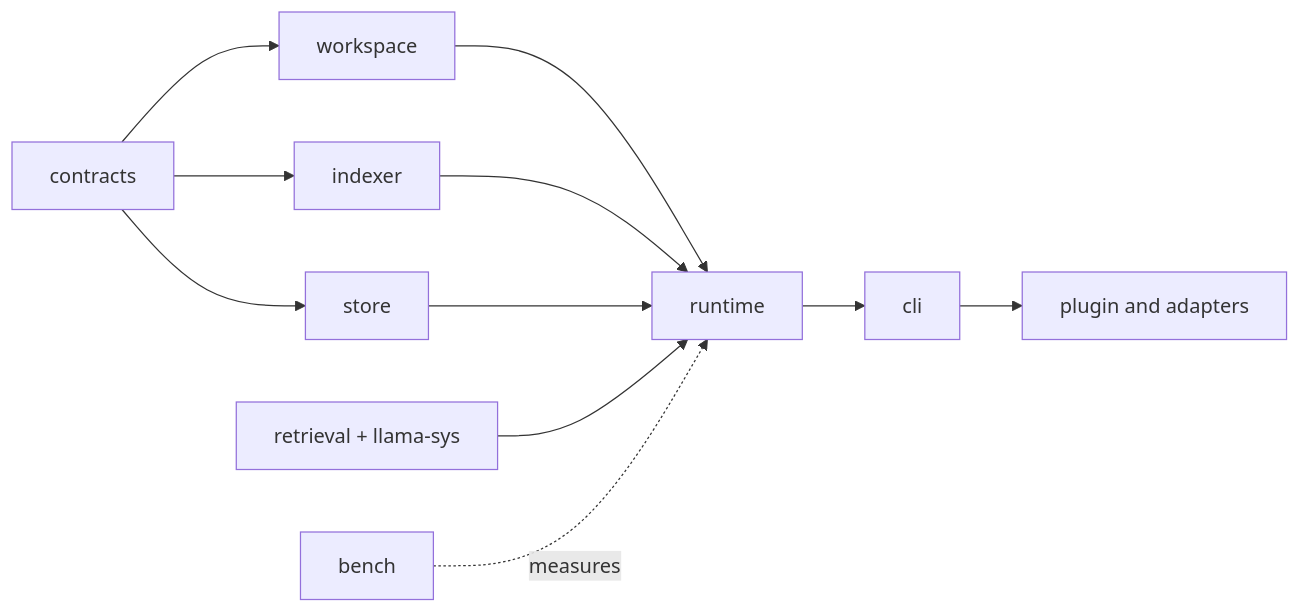
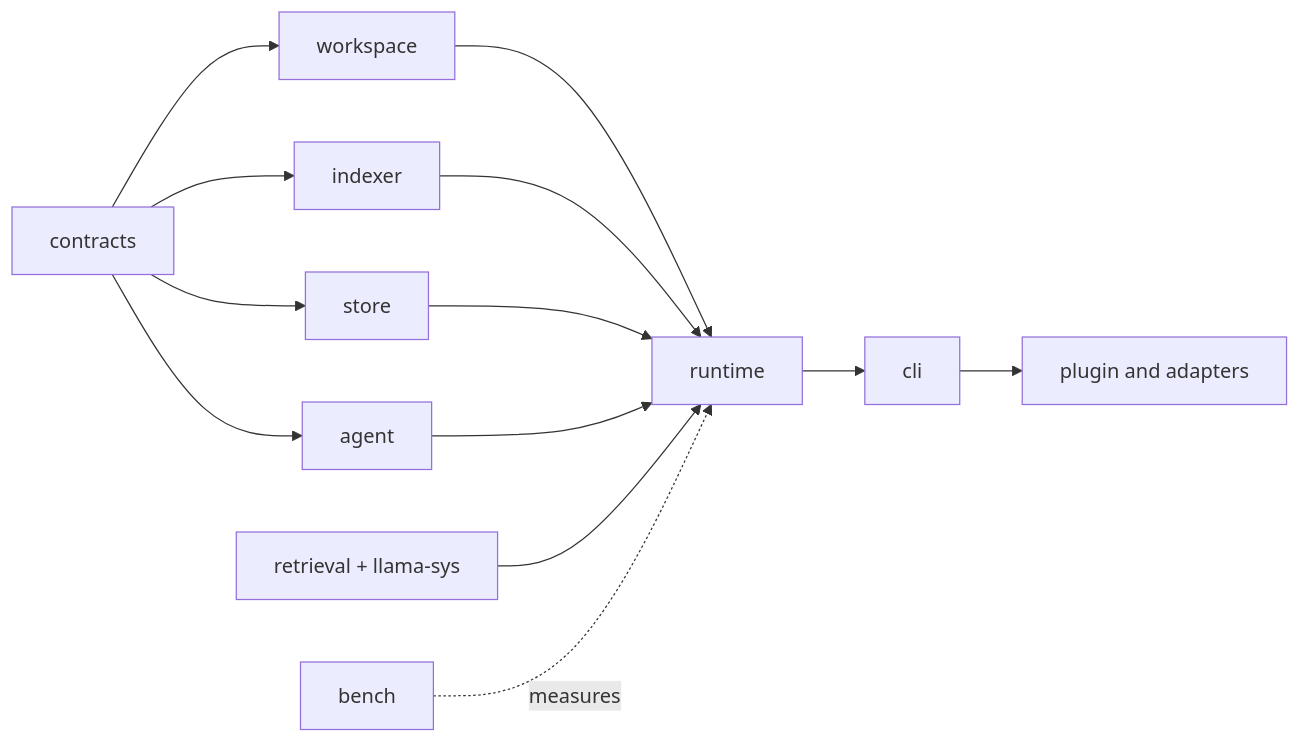
Before and after one commit to TheGreenCedar/CodeStory: the diagram in docs/contributors/getting-started.md, drawn with Mermaid. The commit also changed other lines of this file and 59 other files, not shown here.

````diff
--- a/docs/contributors/getting-started.md
+++ b/docs/contributors/getting-started.md
@@ -73,13 +73,15 @@
 ```mermaid
 flowchart LR
   contracts["contracts"] --> workspace["workspace"]
   contracts --> indexer["indexer"]
   contracts --> store["store"]
+  contracts --> agent["agent"]
   workspace --> runtime["runtime"]
   indexer --> runtime
   store --> runtime
+  agent --> runtime
   retrieval["retrieval + llama-sys"] --> runtime
   runtime --> cli["cli"]
   cli --> adapters["plugin and adapters"]
   bench["bench"] -. measures .-> runtime
 ```
````
